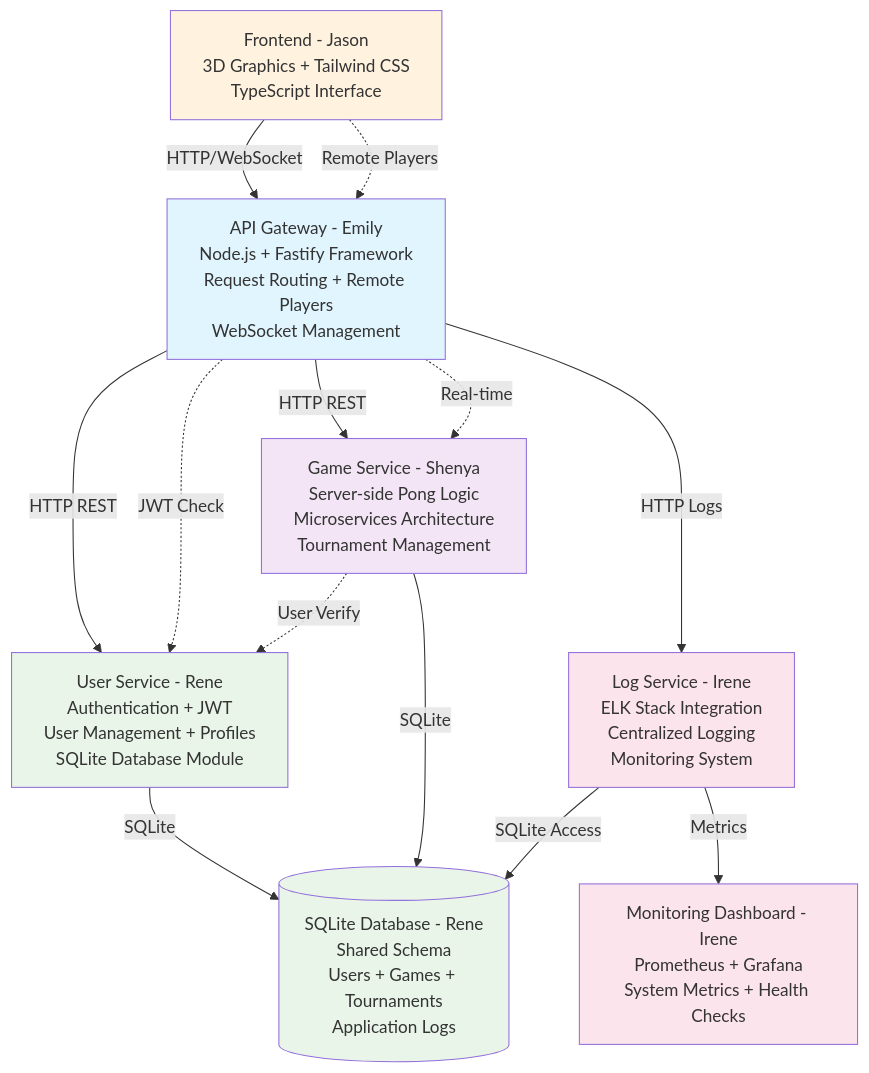
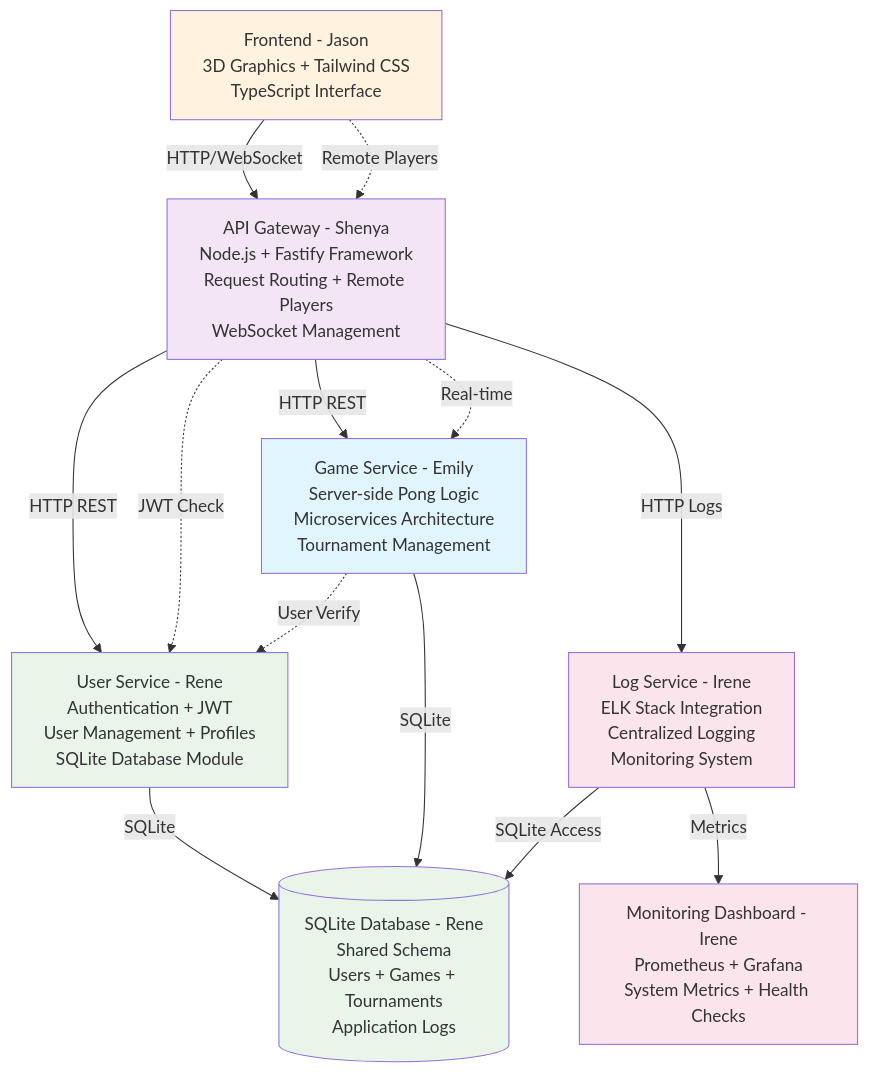
The first of 3 diagrams in README.md (Zzzhenya/ft_transcnd), drawn with Mermaid before and after one commit.

Commit message:
docs: update emily and shenya's responsability

````diff
--- a/README.md
+++ b/README.md
@@ -10,54 +10,54 @@
 ```mermaid
 graph TB
     %% Frontend Layer
     Frontend[Frontend - Jason<br/>3D Graphics + Tailwind CSS<br/>TypeScript Interface]
     
     %% API Gateway Layer
-    Gateway[API Gateway - Emily<br/>Node.js + Fastify Framework<br/>Request Routing + Remote Players<br/>WebSocket Management]
+    Gateway[API Gateway - Shenya<br/>Node.js + Fastify Framework<br/>Request Routing + Remote Players<br/>WebSocket Management]
     
     %% Service Layer
     UserService[User Service - Rene<br/>Authentication + JWT<br/>User Management + Profiles<br/>SQLite Database Module]
     
-    GameService[Game Service - Shenya<br/>Server-side Pong Logic<br/>Microservices Architecture<br/>Tournament Management]
+    GameService[Game Service - Emily<br/>Server-side Pong Logic<br/>Microservices Architecture<br/>Tournament Management]
     
     LogService[Log Service - Irene<br/>ELK Stack Integration<br/>Centralized Logging<br/>Monitoring System]
     
     %% Database Layer
     DB[(SQLite Database - Rene<br/>Shared Schema<br/>Users + Games + Tournaments<br/>Application Logs)]
     
     %% Monitoring Layer
     MonitoringUI[Monitoring Dashboard - Irene<br/>Prometheus + Grafana<br/>System Metrics + Health Checks]
     
     %% Connections
     Frontend -->|HTTP/WebSocket| Gateway
     Gateway -->|HTTP REST| UserService
     Gateway -->|HTTP REST| GameService
     Gateway -->|HTTP Logs| LogService
     
     UserService -->|SQLite| DB
     GameService -->|SQLite| DB
     LogService -->|SQLite Access| DB
     
     LogService -->|Metrics| MonitoringUI
     
     %% Remote Players Flow
     Frontend -.->|Remote Players| Gateway
     Gateway -.->|Real-time| GameService
     
     %% Authentication Flow
     Gateway -.->|JWT Check| UserService
     GameService -.->|User Verify| UserService
     
     %% Module Annotations
     classDef emilyWork fill:#e1f5fe
     classDef shenyaWork fill:#f3e5f5
     classDef reneWork fill:#e8f5e8
     classDef jasonWork fill:#fff3e0
     classDef ireneWork fill:#fce4ec
     
-    class Gateway emilyWork
-    class GameService shenyaWork
+    class Gateway shenyaWork
+    class GameService emilyWork
     class UserService,DB reneWork
     class Frontend jasonWork
     class LogService,MonitoringUI ireneWork
 ```
````
